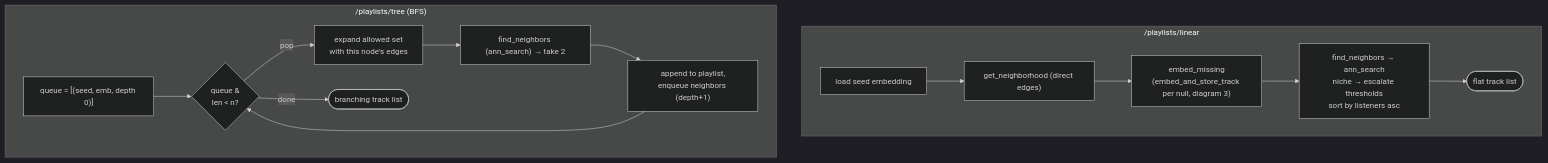
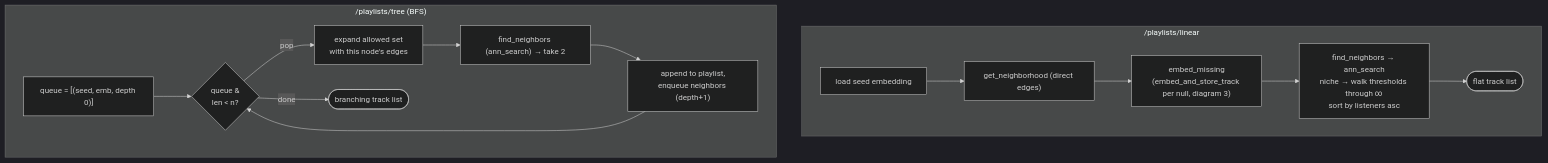
Diagram 11 of 13 in ARCHITECTURE.md (pedro-boudoux/pyo), drawn with Mermaid (dark theme) before and after one commit. The commit also changed other lines of this file and 11 other files, not shown here.

````diff
--- a/ARCHITECTURE.md
+++ b/ARCHITECTURE.md
@@ -377,18 +375,18 @@
 ```mermaid
 flowchart TD
     subgraph linear["/playlists/linear"]
         L1["load seed embedding"] --> L2["get_neighborhood (direct edges)"]
         L2 --> L3["embed_missing<br/>(embed_and_store_track per null, diagram 3)"]
-        L3 --> L4["find_neighbors → ann_search<br/>niche → escalate thresholds<br/>sort by listeners asc"]
+        L3 --> L4["find_neighbors → ann_search<br/>niche → walk thresholds through ∞<br/>sort by listeners asc"]
         L4 --> L5(["flat track list"])
     end
 
     subgraph tree["/playlists/tree (BFS)"]
         T1["queue = [(seed, emb, depth 0)]"] --> T2{"queue &<br/>len < n?"}
         T2 -->|pop| T3["expand allowed set<br/>with this node's edges"]
         T3 --> T4["find_neighbors (ann_search) → take 2"]
         T4 --> T5["append to playlist,<br/>enqueue neighbors (depth+1)"]
         T5 --> T2
         T2 -->|done| T6(["branching track list"])
     end
 ```
````
